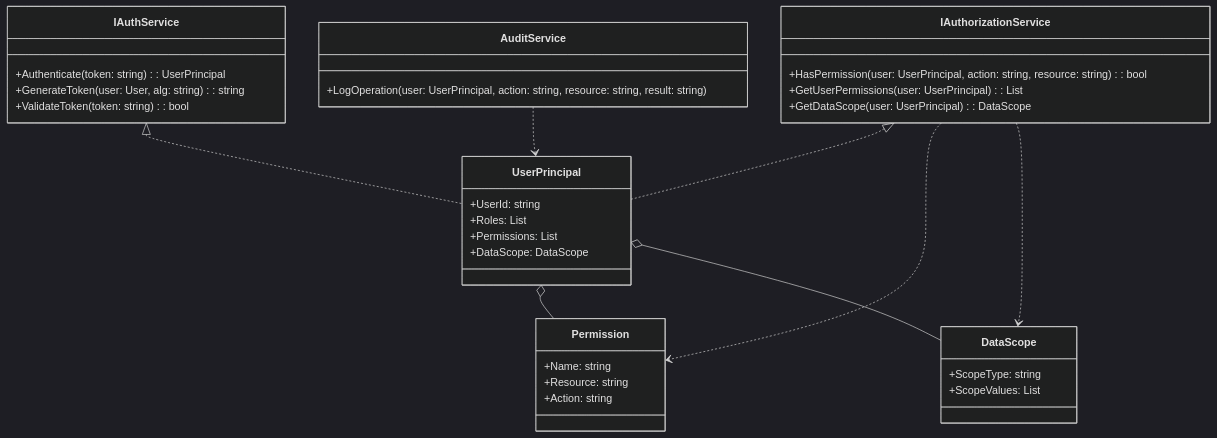
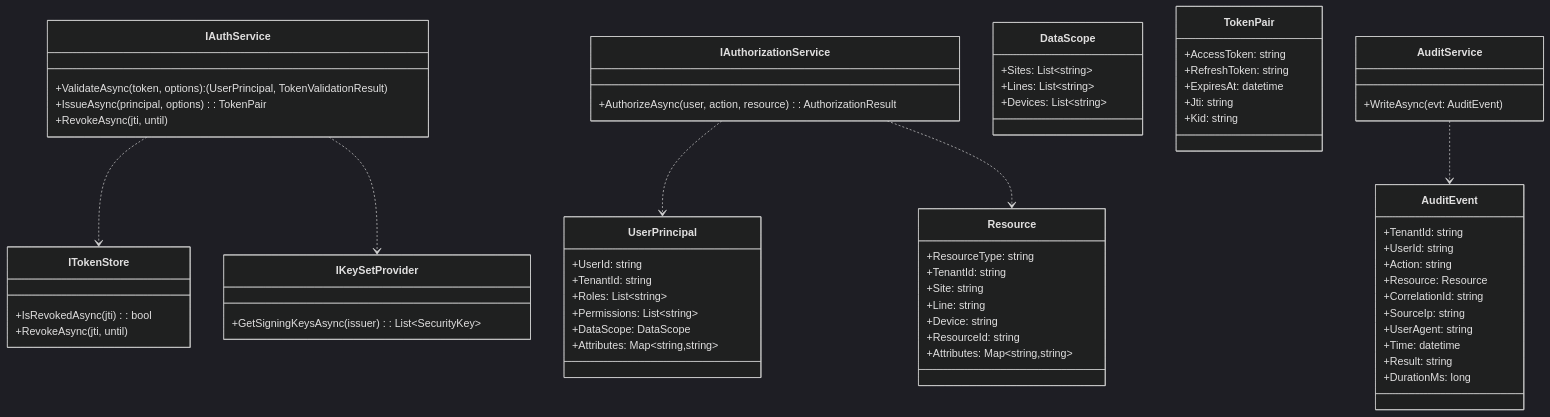
Diagram 12 of 19 in 01_Doc/01_PJDesign/05_LLD_工业数据采集系统详细设计.md (eatbs0956/FA_Device_Data_Collector_Public), drawn with Mermaid (dark theme) before and after one commit. The commit also changed other lines of this file, not shown here.

````diff
--- a/01_Doc/01_PJDesign/05_LLD_工业数据采集系统详细设计.md
+++ b/01_Doc/01_PJDesign/05_LLD_工业数据采集系统详细设计.md
@@ -2016,38 +3098,67 @@
 ```mermaid
 classDiagram
-    class IAuthService {
-        +Authenticate(token: string): UserPrincipal
-        +GenerateToken(user: User, alg: string): string
-        +ValidateToken(token: string): bool
-    }
-    class IAuthorizationService {
-        +HasPermission(user: UserPrincipal, action: string, resource: string): bool
-        +GetUserPermissions(user: UserPrincipal): List<Permission>
-        +GetDataScope(user: UserPrincipal): DataScope
-    }
-    class UserPrincipal {
-        +UserId: string
-        +Roles: List<string>
-        +Permissions: List<Permission>
-        +DataScope: DataScope
-    }
-    class Permission {
-        +Name: string
-        +Resource: string
-        +Action: string
-    }
-    class DataScope {
-        +ScopeType: string
-        +ScopeValues: List<string>
-    }
-    class AuditService {
-        +LogOperation(user: UserPrincipal, action: string, resource: string, result: string)
-    }
-    IAuthService <|.. UserPrincipal
-    IAuthorizationService <|.. UserPrincipal
-    UserPrincipal o-- Permission
-    UserPrincipal o-- DataScope
-    IAuthorizationService ..> Permission
-    IAuthorizationService ..> DataScope
-    AuditService ..> UserPrincipal
+  class IAuthService {
+    +ValidateAsync(token, options): (UserPrincipal, TokenValidationResult)
+    +IssueAsync(principal, options): TokenPair
+    +RevokeAsync(jti, until)
+  }
+  class IAuthorizationService {
+    +AuthorizeAsync(user, action, resource): AuthorizationResult
+  }
+  class ITokenStore {
+    +IsRevokedAsync(jti): bool
+    +RevokeAsync(jti, until)
+  }
+  class IKeySetProvider {
+    +GetSigningKeysAsync(issuer): List~SecurityKey~
+  }
+  class UserPrincipal {
+    +UserId: string
+    +TenantId: string
+    +Roles: List~string~
+    +Permissions: List~string~
+    +DataScope: DataScope
+    +Attributes: Map~string,string~
+  }
+  class DataScope {
+    +Sites: List~string~
+    +Lines: List~string~
+    +Devices: List~string~
+  }
+  class Resource {
+    +ResourceType: string
+    +TenantId: string
+    +Site: string
+    +Line: string
+    +Device: string
+    +ResourceId: string
+    +Attributes: Map~string,string~
+  }
+  class TokenPair {
+    +AccessToken: string
+    +RefreshToken: string
+    +ExpiresAt: datetime
+    +Jti: string
+    +Kid: string
+  }
+  class AuditService {
+    +WriteAsync(evt: AuditEvent)
+  }
+  class AuditEvent {
+    +TenantId: string
+    +UserId: string
+    +Action: string
+    +Resource: Resource
+    +CorrelationId: string
+    +SourceIp: string
+    +UserAgent: string
+    +Time: datetime
+    +Result: string
+    +DurationMs: long
+  }
+  IAuthService ..> ITokenStore
+  IAuthService ..> IKeySetProvider
+  IAuthorizationService ..> UserPrincipal
+  IAuthorizationService ..> Resource
+  AuditService ..> AuditEvent
 ```
````
